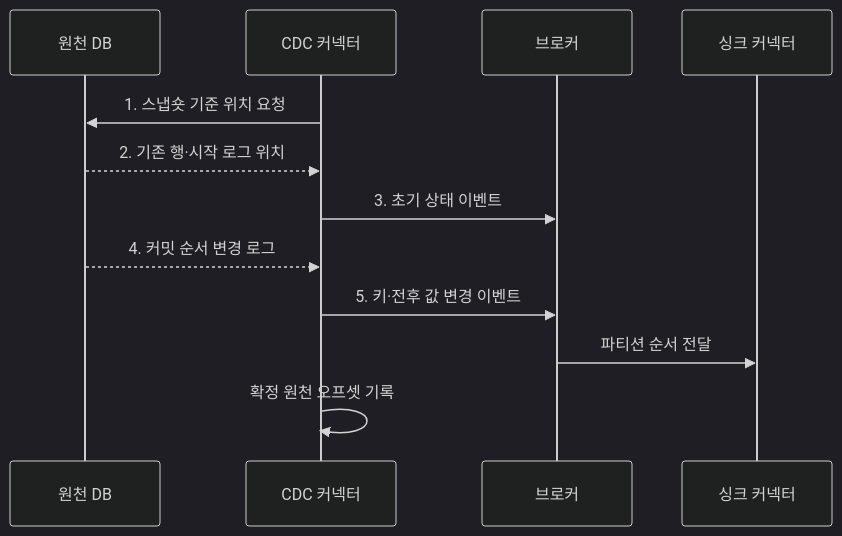
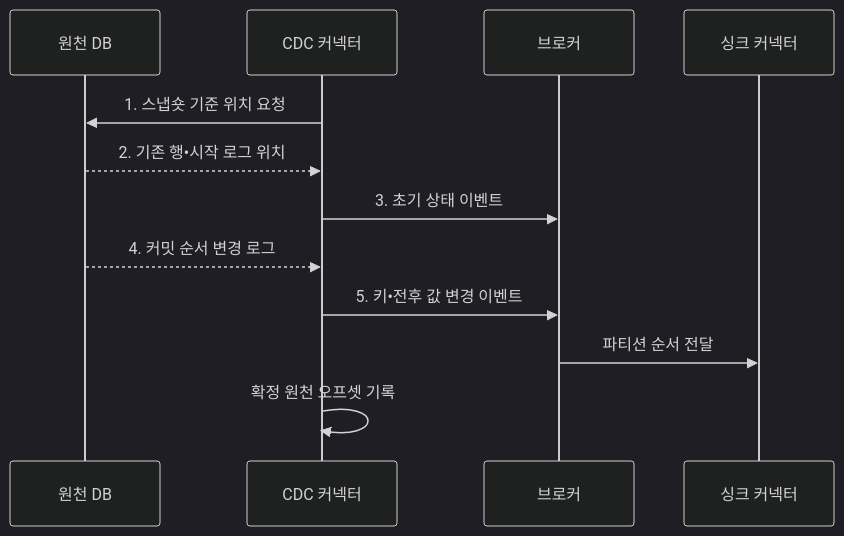
One commit to agnusdei1207/knowledge-base changed the second of 2 diagrams in src/content/docs/notes/03-software/123_change_data_capture.md. Above: the diagram before and after it, drawn with Mermaid (dark theme). The commit also changed other lines of this file and 953 other files, not shown here.

````diff
--- a/src/content/docs/notes/03-software/123_change_data_capture.md
+++ b/src/content/docs/notes/03-software/123_change_data_capture.md
@@ -111,14 +111,14 @@
 ```mermaid
 sequenceDiagram
     participant D as 원천 DB
     participant C as CDC 커넥터
     participant B as 브로커
     participant S as 싱크 커넥터
     C->>D: 1. 스냅숏 기준 위치 요청
-    D-->>C: 2. 기존 행·시작 로그 위치
+    D-->>C: 2. 기존 행•시작 로그 위치
     C->>B: 3. 초기 상태 이벤트
     D-->>C: 4. 커밋 순서 변경 로그
-    C->>B: 5. 키·전후 값 변경 이벤트
+    C->>B: 5. 키•전후 값 변경 이벤트
     B->>S: 파티션 순서 전달
     C->>C: 확정 원천 오프셋 기록
 ```
````
